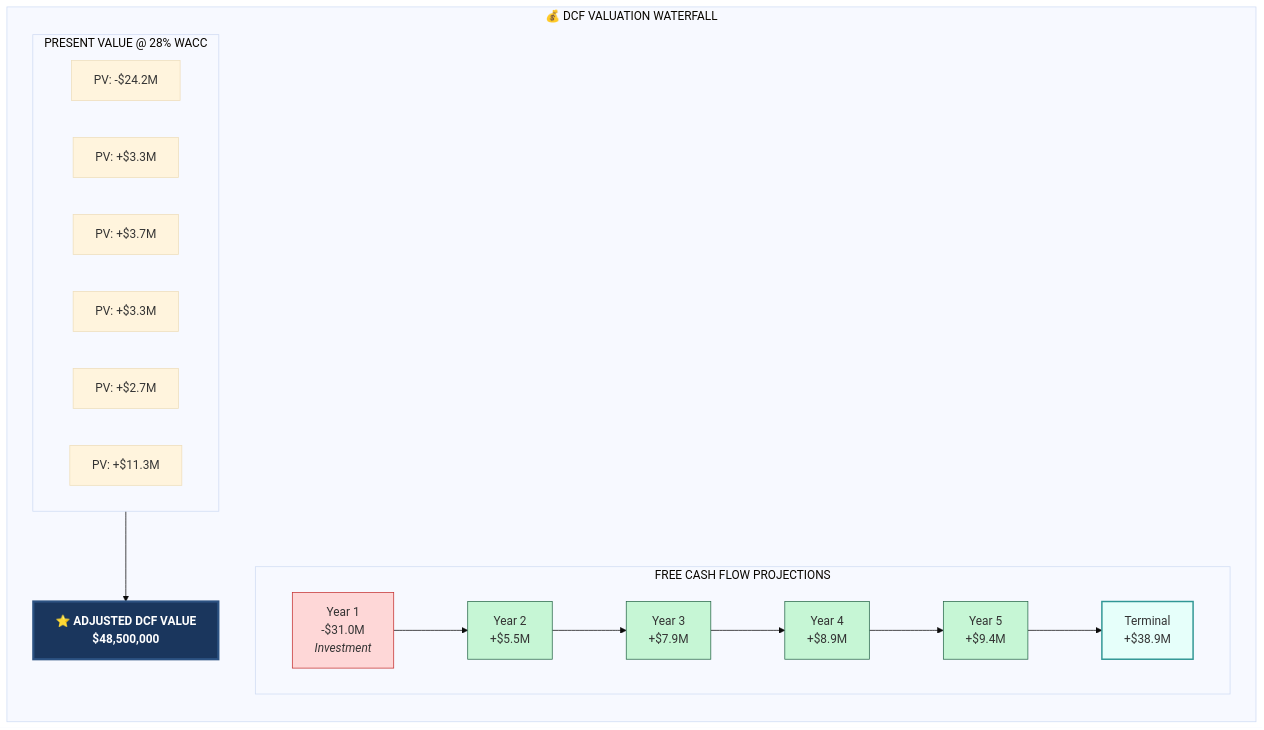
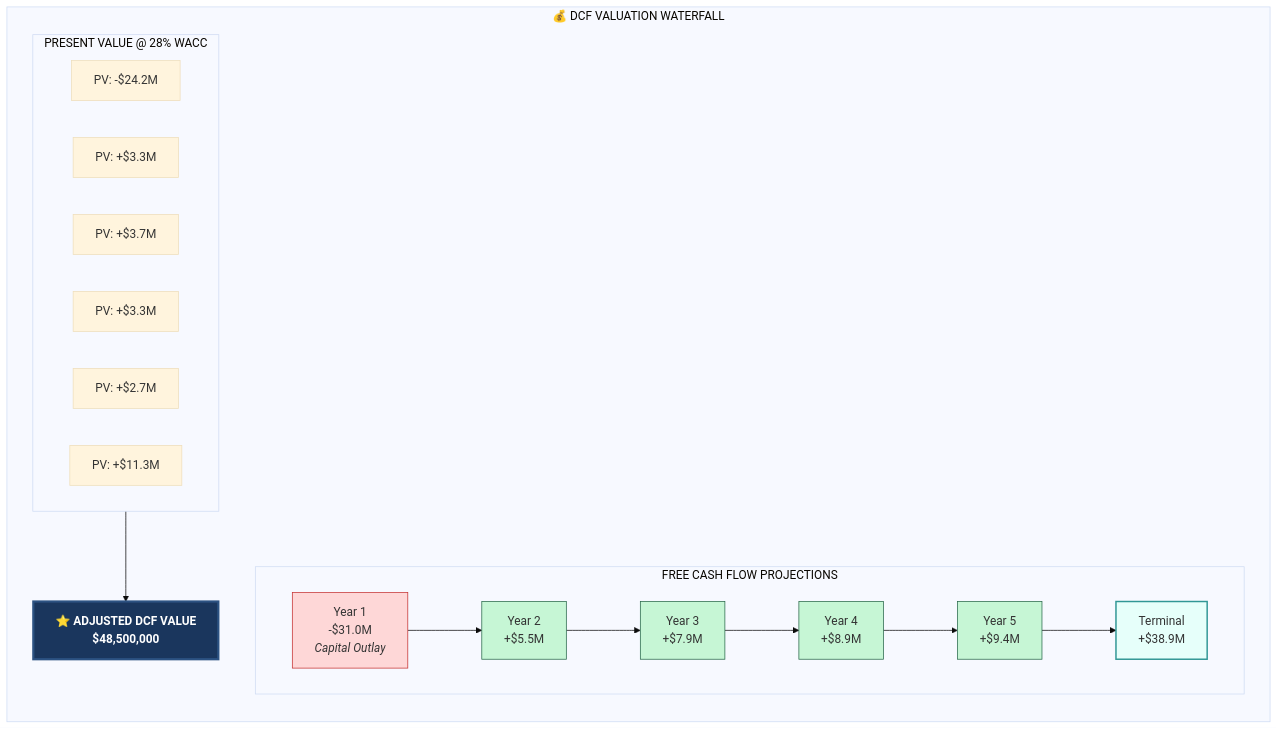
One commit to Light-Brands/epic-center changed diagram 24 of 37 in docs/pitch-packet/AI_VALUATION_REPORT_VISUAL.md. Above: the diagram before and after it, drawn with Mermaid. The commit also changed other lines of this file and 3 other files, not shown here.

````diff
--- a/docs/pitch-packet/AI_VALUATION_REPORT_VISUAL.md
+++ b/docs/pitch-packet/AI_VALUATION_REPORT_VISUAL.md
@@ -1312,39 +1219,39 @@
 ```mermaid
 %%{init: {'theme': 'base'}}%%
 flowchart TB
     subgraph DCF["💰 DCF VALUATION WATERFALL"]
         direction TB
 
         subgraph CASHFLOWS["FREE CASH FLOW PROJECTIONS"]
             direction LR
-            Y1["Year 1<br/>-$31.0M<br/><i>Investment</i>"]
+            Y1["Year 1<br/>-$31.0M<br/><i>Capital Outlay</i>"]
             Y2["Year 2<br/>+$5.5M"]
             Y3["Year 3<br/>+$7.9M"]
             Y4["Year 4<br/>+$8.9M"]
             Y5["Year 5<br/>+$9.4M"]
             TV["Terminal<br/>+$38.9M"]
         end
 
         Y1 --> Y2 --> Y3 --> Y4 --> Y5 --> TV
 
         subgraph PV["PRESENT VALUE @ 28% WACC"]
             PV1["PV: -$24.2M"]
             PV2["PV: +$3.3M"]
             PV3["PV: +$3.7M"]
             PV4["PV: +$3.3M"]
             PV5["PV: +$2.7M"]
             PVT["PV: +$11.3M"]
         end
 
         TOTAL["⭐ <b>ADJUSTED DCF VALUE</b><br/><b>$48,500,000</b>"]
         PV --> TOTAL
     end
 
     style Y1 fill:#fed7d7,stroke:#c53030
     style Y2 fill:#c6f6d5,stroke:#276749
     style Y3 fill:#c6f6d5,stroke:#276749
     style Y4 fill:#c6f6d5,stroke:#276749
     style Y5 fill:#c6f6d5,stroke:#276749
     style TV fill:#e6fffa,stroke:#319795,stroke-width:2px
     style TOTAL fill:#1a365d,stroke:#2c5282,stroke-width:3px,color:#fff
 ```
````
